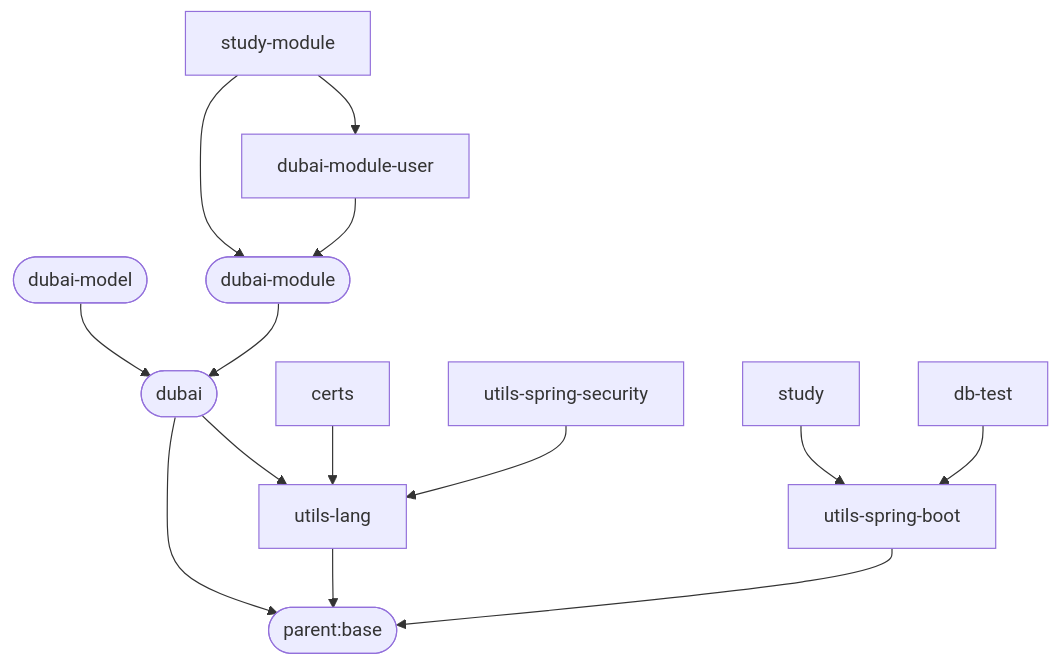
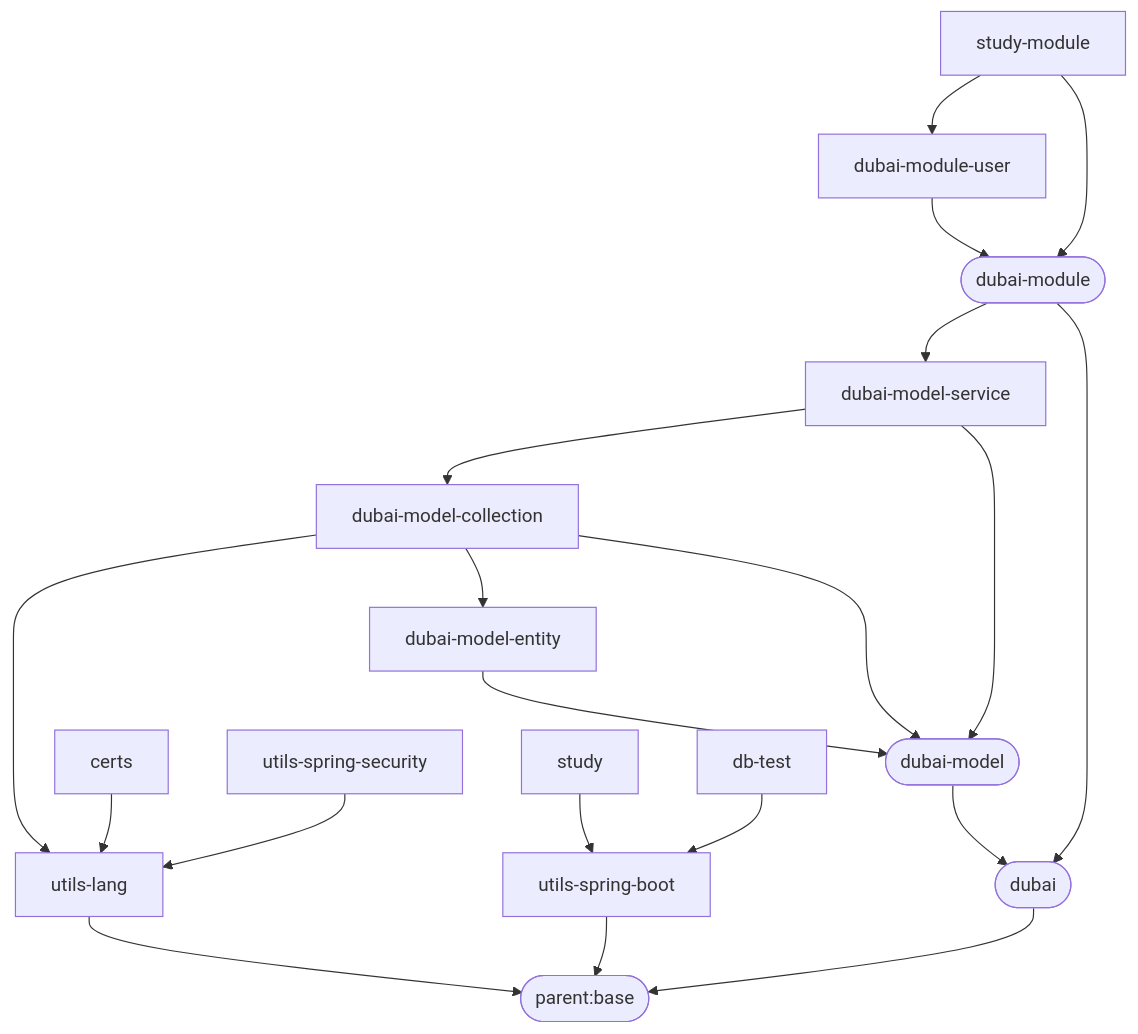
One commit to dbstarll/dbstarll.github.io changed the diagram in README.md. Above: the diagram before and after it, drawn with Mermaid.

Commit message:
自定义边框

````diff
--- a/README.md
+++ b/README.md
@@ -12,23 +12,29 @@
 ```mermaid
 graph TD;
     parent.base([parent:base]);
 
     utils-lang-->parent.base;
 
     utils-spring-boot-->parent.base;
 
     dubai([dubai])-->parent.base;
     dubai-model([dubai-model])-->dubai;
+    dubai-model-entity-->dubai-model;
+    dubai-model-collection-->dubai-model;
+    dubai-model-collection-->dubai-model-entity;
+    dubai-model-collection-->utils-lang;
+    dubai-model-service-->dubai-model;
+    dubai-model-service-->dubai-model-collection;
     dubai-module([dubai-module])-->dubai;
-    dubai-->utils-lang;
+    dubai-module-->dubai-model-service;
     
     dubai-module-user-->dubai-module;
 
     study-module-->dubai-module;
     study-module-->dubai-module-user;
 
     certs-->utils-lang;
     utils-spring-security-->utils-lang;
     study-->utils-spring-boot;
     db-test-->utils-spring-boot;
 ```
````
